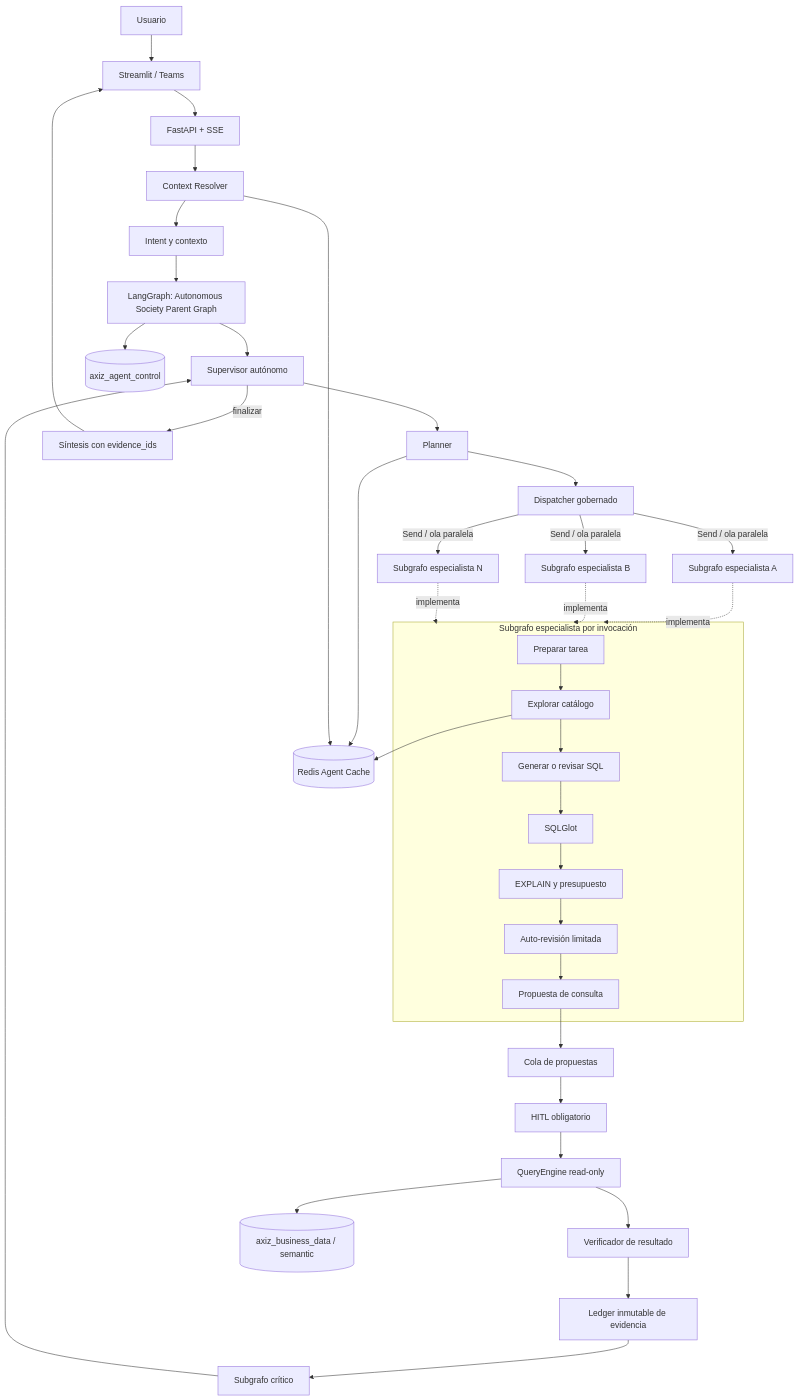
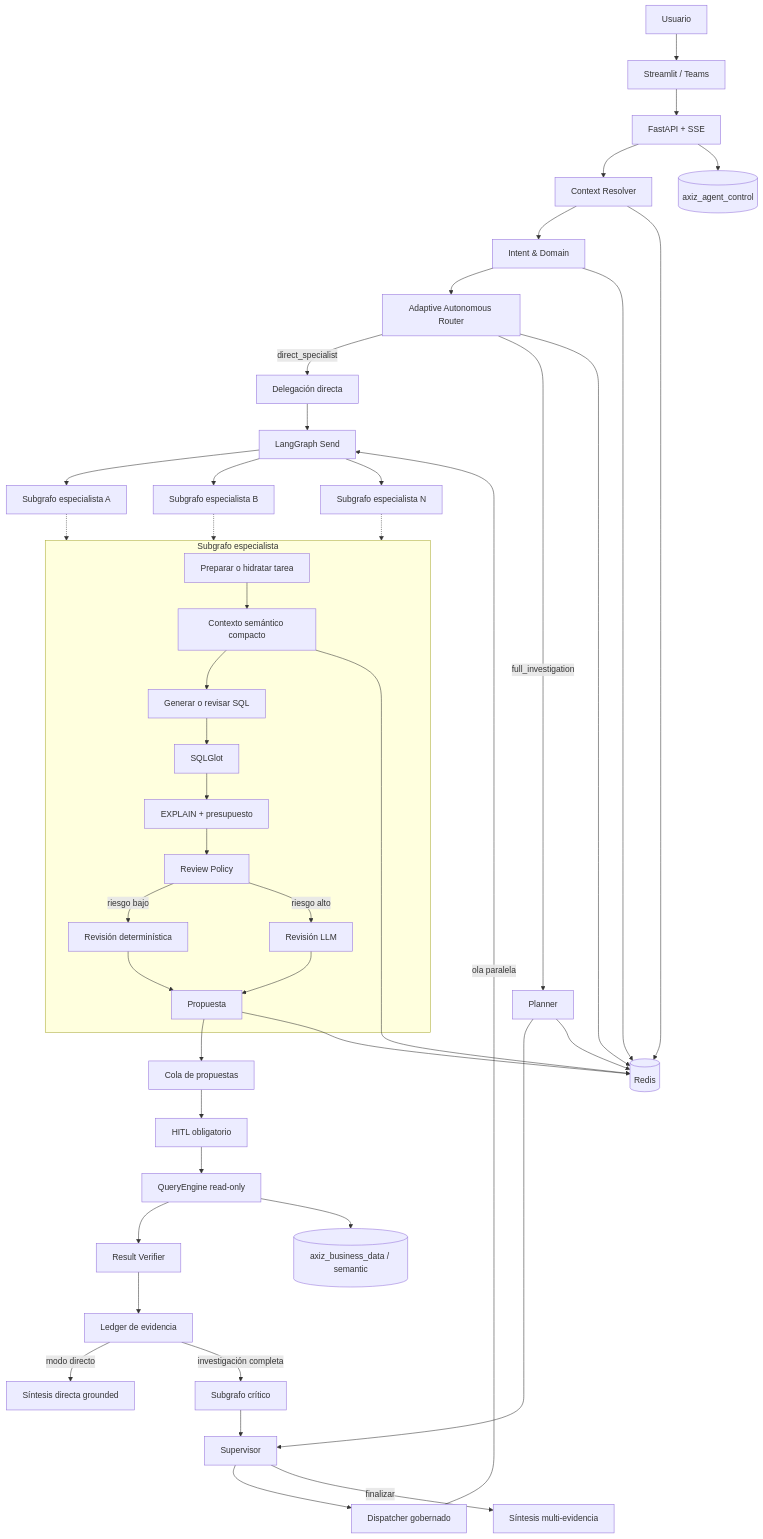
The first of 2 diagrams in README.md (edgarrth/multiagente-sql-reporter), drawn with Mermaid before and after one commit. The commit also changed other lines of this file and 35 other files, not shown here.

````diff
--- a/README.md
+++ b/README.md
@@ -84,46 +182,56 @@
 ```mermaid
 flowchart TD
     U[Usuario] --> UI[Streamlit / Teams]
     UI --> API[FastAPI + SSE]
     API --> CR[Context Resolver]
-    CR --> ID[Intent y contexto]
-    ID --> PARENT[LangGraph: Autonomous Society Parent Graph]
+    CR --> ID[Intent & Domain]
+    ID --> AR[Adaptive Autonomous Router]
 
-    PARENT --> SUP[Supervisor autónomo]
-    SUP --> PLAN[Planner]
-    PLAN --> DISP[Dispatcher gobernado]
+    AR -->|direct_specialist| DS[Delegación directa]
+    AR -->|full_investigation| PL[Planner]
+    PL --> SUP[Supervisor]
+    SUP --> DISP[Dispatcher gobernado]
 
-    DISP -->|Send / ola paralela| SA1[Subgrafo especialista A]
-    DISP -->|Send / ola paralela| SA2[Subgrafo especialista B]
-    DISP -->|Send / ola paralela| SAN[Subgrafo especialista N]
+    DS --> SEND[LangGraph Send]
+    DISP -->|ola paralela| SEND
+    SEND --> S1[Subgrafo especialista A]
+    SEND --> S2[Subgrafo especialista B]
+    SEND --> SN[Subgrafo especialista N]
 
-    subgraph SG[Subgrafo especialista por invocación]
-        PREP[Preparar tarea] --> CAT[Explorar catálogo]
-        CAT --> SQL[Generar o revisar SQL]
-        SQL --> SEC[SQLGlot]
-        SEC --> COST[EXPLAIN y presupuesto]
-        COST --> SELF[Auto-revisión limitada]
-        SELF --> PROP[Propuesta de consulta]
+    subgraph SG[Subgrafo especialista]
+        T[Preparar o hidratar tarea] --> C[Contexto semántico compacto]
+        C --> G[Generar o revisar SQL]
+        G --> SEC[SQLGlot]
+        SEC --> COST[EXPLAIN + presupuesto]
+        COST --> RP[Review Policy]
+        RP -->|riesgo bajo| DR[Revisión determinística]
+        RP -->|riesgo alto| LR[Revisión LLM]
+        DR --> PROP[Propuesta]
+        LR --> PROP
     end
 
-    SA1 -. implementa .-> SG
-    SA2 -. implementa .-> SG
-    SAN -. implementa .-> SG
+    S1 -.-> SG
+    S2 -.-> SG
+    SN -.-> SG
 
     PROP --> Q[Cola de propuestas]
     Q --> HITL[HITL obligatorio]
     HITL --> EXEC[QueryEngine read-only]
-    EXEC --> VER[Verificador de resultado]
-    VER --> LEDGER[Ledger inmutable de evidencia]
-    LEDGER --> CRIT[Subgrafo crítico]
+    EXEC --> VER[Result Verifier]
+    VER --> LEDGER[Ledger de evidencia]
+
+    LEDGER -->|modo directo| DSYN[Síntesis directa grounded]
+    LEDGER -->|investigación completa| CRIT[Subgrafo crítico]
     CRIT --> SUP
-    SUP -->|finalizar| SYN[Síntesis con evidence_ids]
-    SYN --> UI
+    SUP -->|finalizar| SYN[Síntesis multi-evidencia]
 
-    CAT --> CACHE[(Redis Agent Cache)]
-    PLAN --> CACHE
-    CR --> CACHE
+    CR --> CACHE[(Redis)]
+    ID --> CACHE
+    AR --> CACHE
+    C --> CACHE
+    PL --> CACHE
+    PROP --> CACHE
 
-    PARENT --> CTRL[(axiz_agent_control)]
+    API --> CTRL[(axiz_agent_control)]
     EXEC --> DATA[(axiz_business_data / semantic)]
 ```
````
